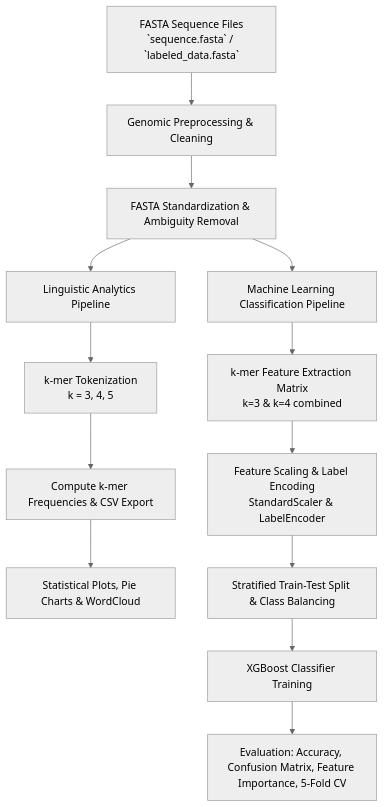
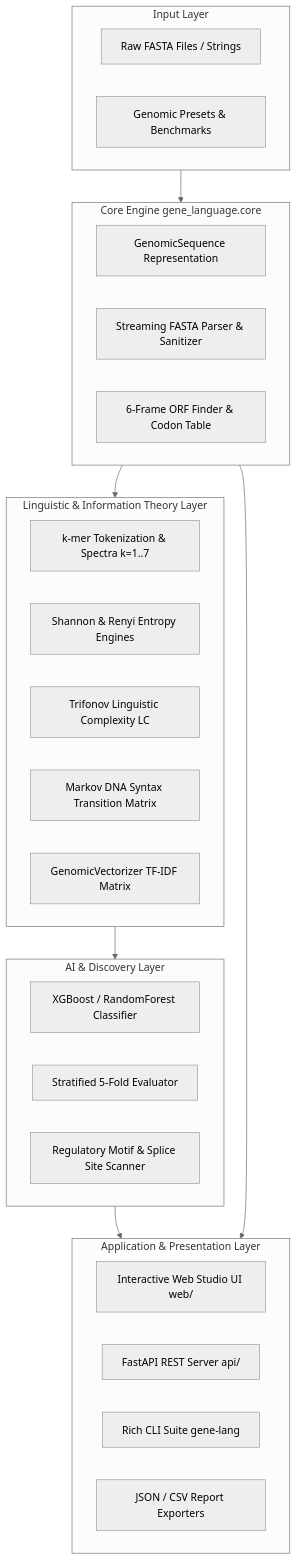
Before and after one commit to P-R-A-N-E-S-H/GENE-LANGUAGE-ANALYTICS: the diagram in README.md, drawn with Mermaid (neutral theme). The commit also changed other lines of this file, not shown here.

Commit message:
docs: revamp README with scientific foundations, architecture diagrams, CLI guide, and benchmarks

````diff
--- a/README.md
+++ b/README.md
@@ -65,18 +76,40 @@
 ```mermaid
 flowchart TD
-    A[FASTA Sequence Files<br/>`sequence.fasta` / `labeled_data.fasta`] --> B[Genomic Preprocessing & Cleaning]
-    B --> C[FASTA Standardization & Ambiguity Removal]
-    
-    C --> D1[Linguistic Analytics Pipeline]
-    C --> D2[Machine Learning Classification Pipeline]
-    
-    D1 --> E1[k-mer Tokenization<br/>k = 3, 4, 5]
-    E1 --> F1[Compute k-mer Frequencies & CSV Export]
-    F1 --> G1[Statistical Plots, Pie Charts & WordCloud]
-    
-    D2 --> E2[k-mer Feature Extraction Matrix<br/>k=3 & k=4 combined]
-    E2 --> F2[Feature Scaling & Label Encoding<br/>StandardScaler & LabelEncoder]
-    F2 --> G2[Stratified Train-Test Split & Class Balancing]
-    G2 --> H2[XGBoost Classifier Training]
-    H2 --> I2[Evaluation: Accuracy, Confusion Matrix, Feature Importance, 5-Fold CV]
+    subgraph IN[Input Layer]
+        A1[Raw FASTA Files / Strings]
+        A2[Genomic Presets & Benchmarks]
+    end
+
+    subgraph CORE[Core Engine gene_language.core]
+        B1[GenomicSequence Representation]
+        B2[Streaming FASTA Parser & Sanitizer]
+        B3[6-Frame ORF Finder & Codon Table]
+    end
+
+    subgraph LING[Linguistic & Information Theory Layer]
+        C1[k-mer Tokenization & Spectra k=1..7]
+        C2[Shannon & Renyi Entropy Engines]
+        C3[Trifonov Linguistic Complexity LC]
+        C4[Markov DNA Syntax Transition Matrix]
+        C5[GenomicVectorizer TF-IDF Matrix]
+    end
+
+    subgraph ML[AI & Discovery Layer]
+        D1[XGBoost / RandomForest Classifier]
+        D2[Stratified 5-Fold Evaluator]
+        D3[Regulatory Motif & Splice Site Scanner]
+    end
+
+    subgraph OUT[Application & Presentation Layer]
+        E1[Interactive Web Studio UI web/]
+        E2[FastAPI REST Server api/]
+        E3[Rich CLI Suite gene-lang]
+        E4[JSON / CSV Report Exporters]
+    end
+
+    IN --> CORE
+    CORE --> LING
+    LING --> ML
+    ML --> OUT
+    CORE --> OUT
 ```
````
